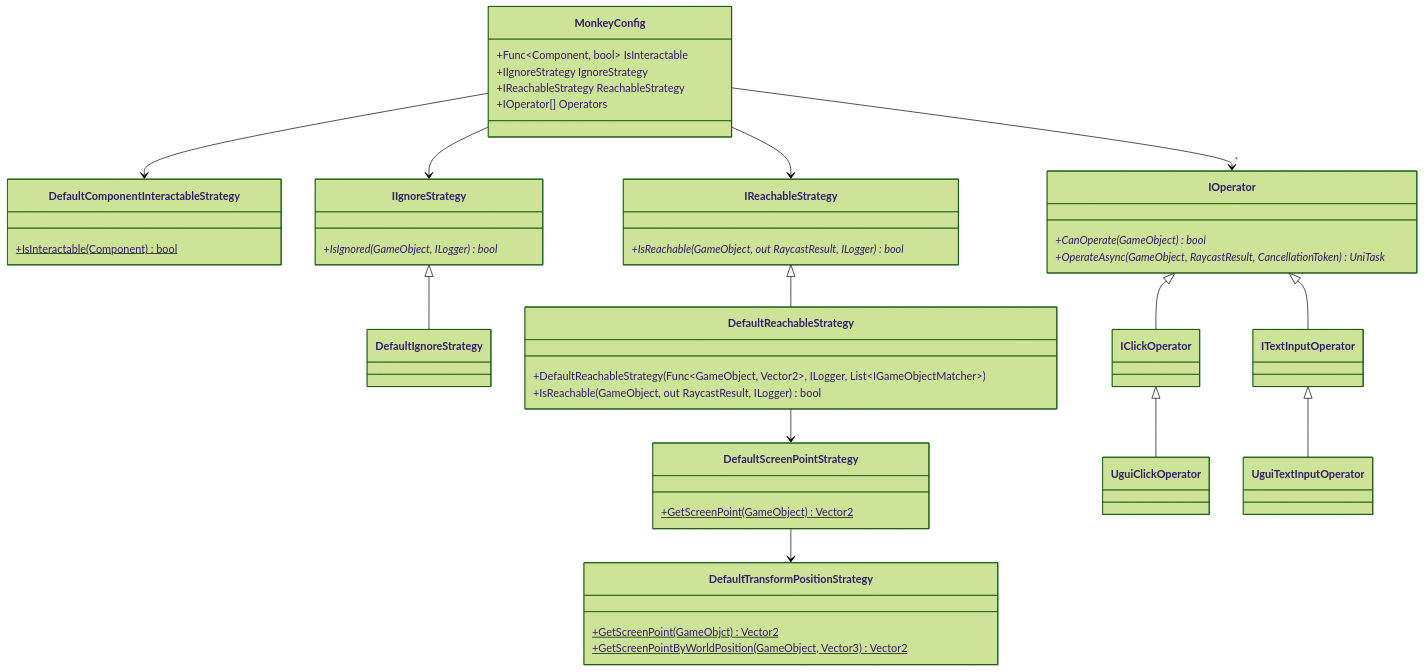
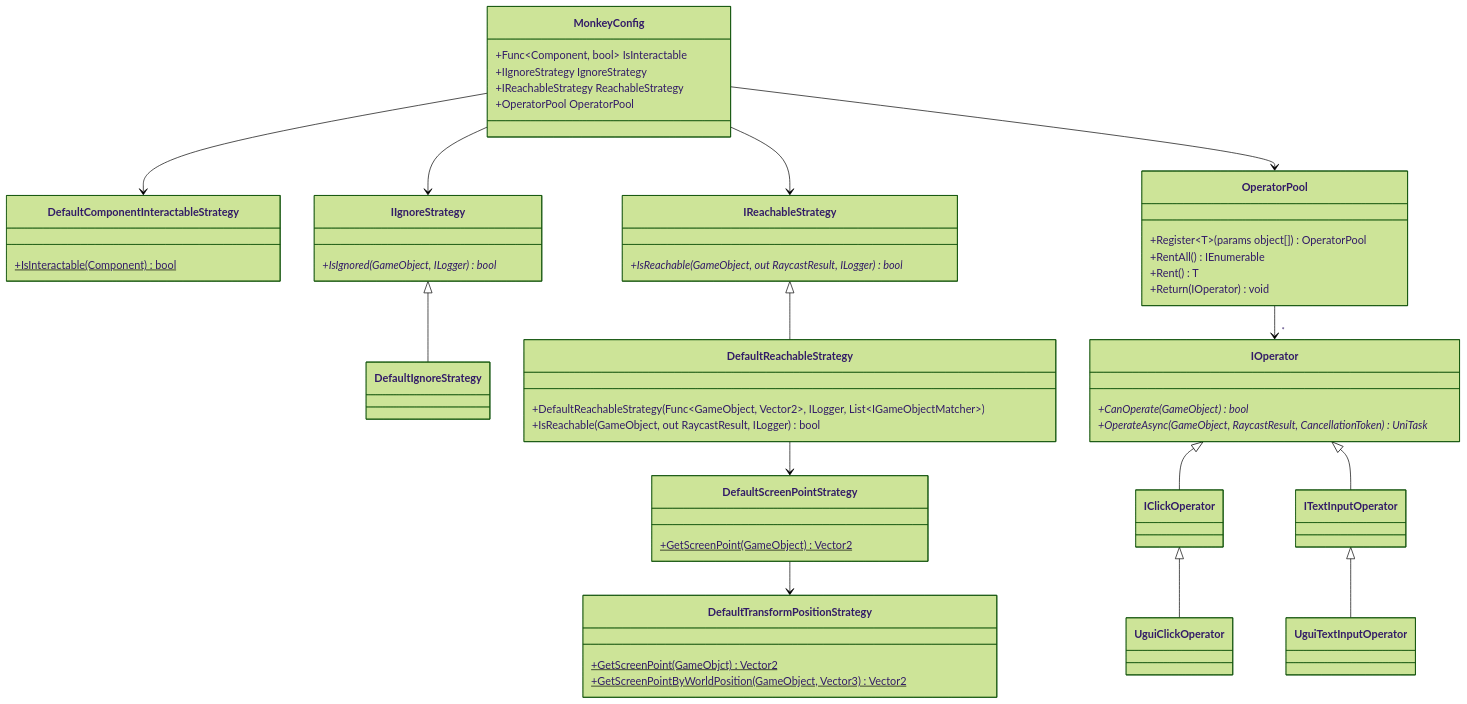
The diagram in README.md (nowsprinting/test-helper.ui), drawn with Mermaid (forest theme) before and after one commit. The commit also changed other lines of this file and 3 other files, not shown here.

Commit message:
Add constructor-based dependency injection in OperatorPool

````diff
--- a/README.md
+++ b/README.md
@@ -301,58 +301,66 @@
 ```mermaid
 classDiagram
     class MonkeyConfig {
         +Func&lt;Component, bool&gt; IsInteractable
         +IIgnoreStrategy IgnoreStrategy
         +IReachableStrategy ReachableStrategy
-        +IOperator[] Operators
+        +OperatorPool OperatorPool
     }
 
     MonkeyConfig --> DefaultComponentInteractableStrategy
 
     class DefaultComponentInteractableStrategy {
         +IsInteractable(Component) bool$
     }
 
     MonkeyConfig --> IIgnoreStrategy
     IIgnoreStrategy <|-- DefaultIgnoreStrategy
 
     class IIgnoreStrategy {
         +IsIgnored(GameObject, ILogger) bool*
     }
 
     MonkeyConfig --> IReachableStrategy
     IReachableStrategy <|-- DefaultReachableStrategy
     DefaultReachableStrategy --> DefaultScreenPointStrategy
     DefaultScreenPointStrategy --> DefaultTransformPositionStrategy
 
     class IReachableStrategy {
         +IsReachable(GameObject, out RaycastResult, ILogger) bool*
     }
 
     class DefaultReachableStrategy {
         +DefaultReachableStrategy(Func&lt;GameObject, Vector2&gt;, ILogger, List&lt;IGameObjectMatcher&gt;)
         +IsReachable(GameObject, out RaycastResult, ILogger) bool
     }
 
     class DefaultScreenPointStrategy {
         +GetScreenPoint(GameObject) Vector2$
     }
 
     class DefaultTransformPositionStrategy {
         +GetScreenPoint(GameObjct) Vector2$
         +GetScreenPointByWorldPosition(GameObject, Vector3) Vector2$
     }
 
-    MonkeyConfig --> "*" IOperator
+    MonkeyConfig --> OperatorPool
+    OperatorPool --> "*" IOperator
+
+    class OperatorPool {
+        +Register&lt;T&gt;(params object[]) OperatorPool
+        +RentAll() IEnumerable<IOperator>
+        +Rent<T>() T
+        +Return(IOperator) void
+    }
 
     class IOperator {
         +CanOperate(GameObject) bool*
         +OperateAsync(GameObject, RaycastResult, CancellationToken) UniTask*
     }
 
     IOperator <|-- IClickOperator
     IClickOperator <|-- UguiClickOperator
 
     IOperator <|-- ITextInputOperator
     ITextInputOperator <|-- UguiTextInputOperator
 ```
````
